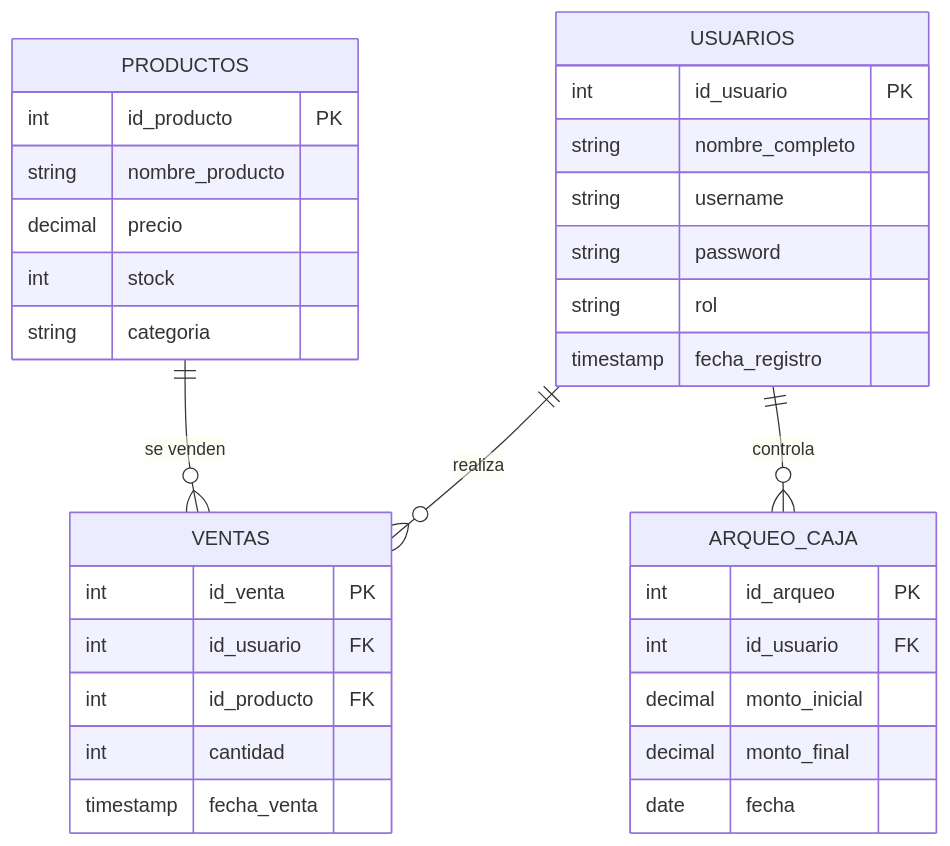
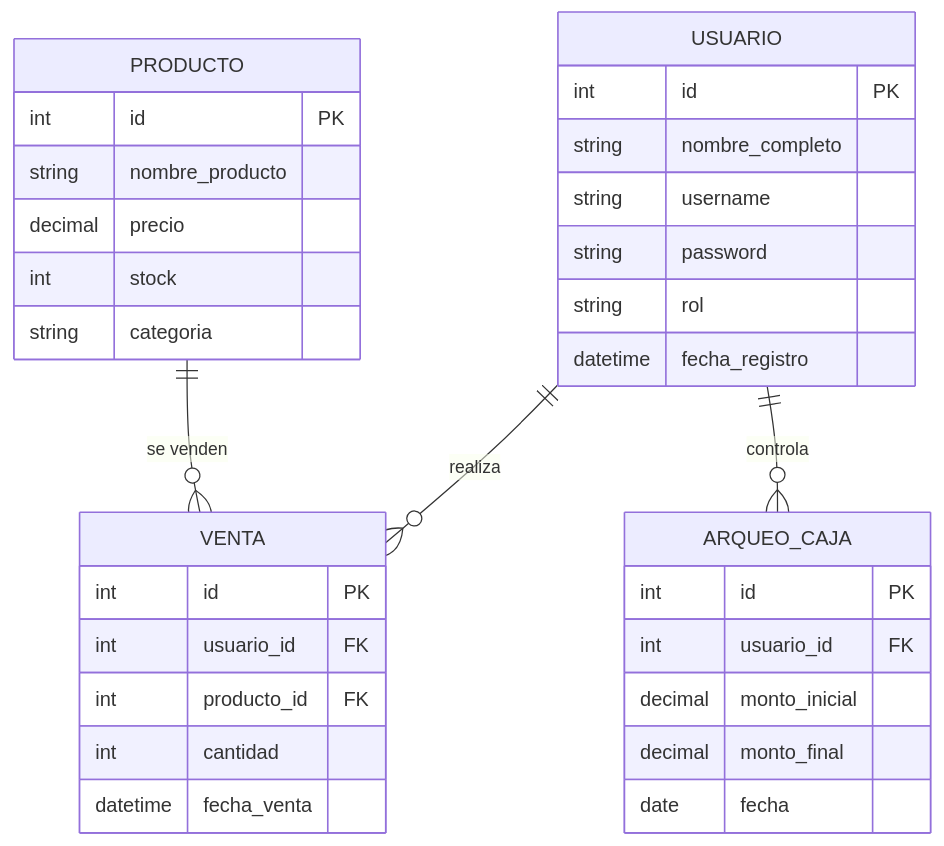
The diagram in test_hotfixdb.md (giancarlovilch/HDES), drawn with Mermaid before and after one commit. The commit also changed other lines of this file and 72 other files, not shown here.

````diff
--- a/test_hotfixdb.md
+++ b/test_hotfixdb.md
@@ -42,39 +43,39 @@
 ```mermaid
 erDiagram
-    USUARIOS {
-        int id_usuario PK
+    USUARIO {
+        int id PK
         string nombre_completo
         string username
         string password
         string rol
-        timestamp fecha_registro
+        datetime fecha_registro
     }
 
-    PRODUCTOS {
-        int id_producto PK
+    PRODUCTO {
+        int id PK
         string nombre_producto
         decimal precio
         int stock
         string categoria
     }
 
-    VENTAS {
-        int id_venta PK
-        int id_usuario FK
-        int id_producto FK
+    VENTA {
+        int id PK
+        int usuario_id FK
+        int producto_id FK
         int cantidad
-        timestamp fecha_venta
+        datetime fecha_venta
     }
 
     ARQUEO_CAJA {
-        int id_arqueo PK
-        int id_usuario FK
+        int id PK
+        int usuario_id FK
         decimal monto_inicial
         decimal monto_final
         date fecha
     }
 
-    USUARIOS ||--o{ VENTAS : "realiza"
-    PRODUCTOS ||--o{ VENTAS : "se venden"
-    USUARIOS ||--o{ ARQUEO_CAJA : "controla"
+    USUARIO ||--o{ VENTA : "realiza"
+    PRODUCTO ||--o{ VENTA : "se venden"
+    USUARIO ||--o{ ARQUEO_CAJA : "controla"
 ```
````
